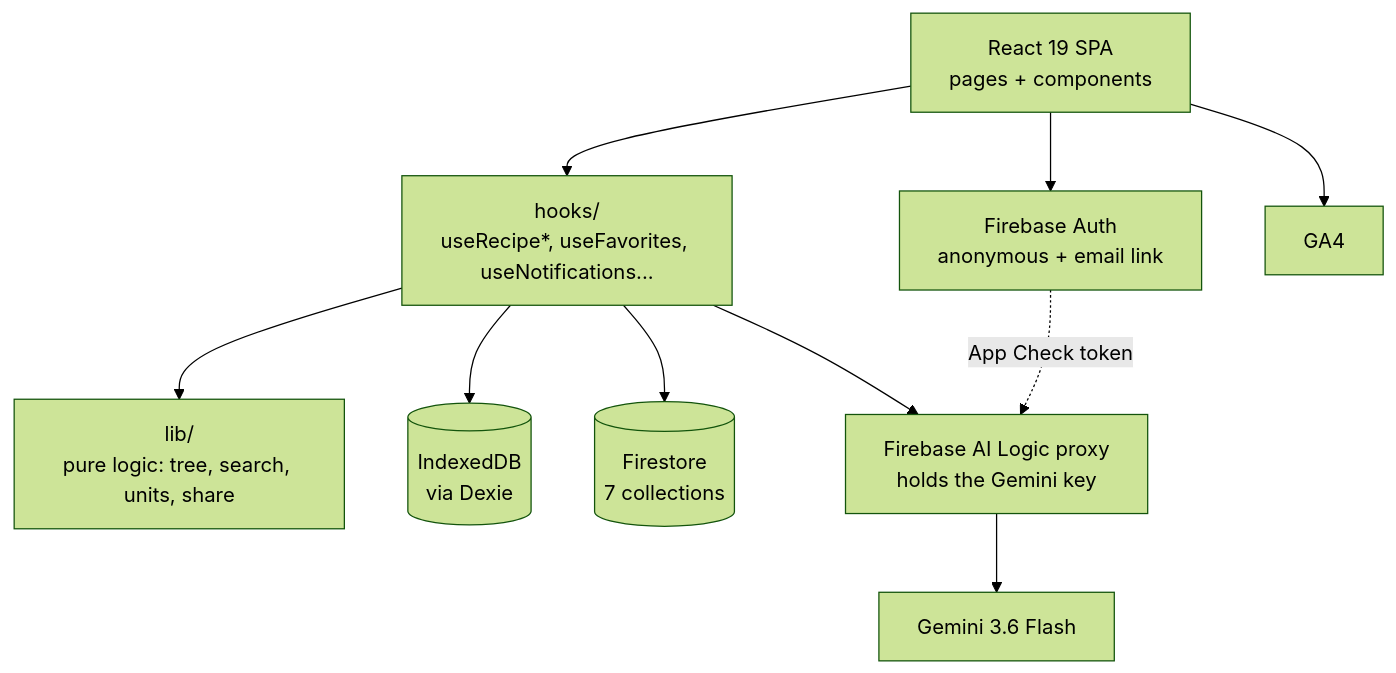
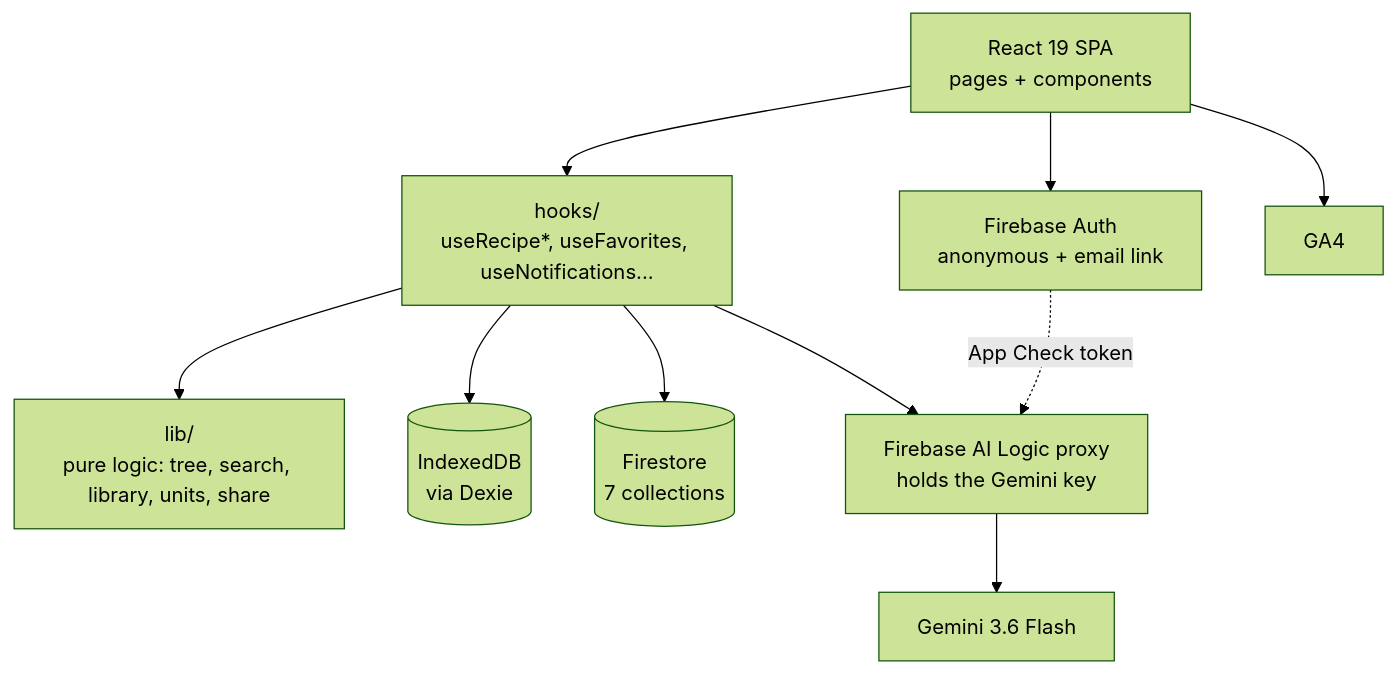
The diagram in docs/architecture.md (hpeppitt/recipe-app), drawn with Mermaid (forest theme) before and after one commit. The commit also changed other lines of this file and 12 other files, not shown here.

````diff
--- a/docs/architecture.md
+++ b/docs/architecture.md
@@ -12,22 +12,22 @@
 ```mermaid
 flowchart TD
     UI[React 19 SPA<br/>pages + components]
     Hooks[hooks/<br/>useRecipe*, useFavorites, useNotifications...]
-    Lib[lib/<br/>pure logic: tree, search, units, share]
+    Lib[lib/<br/>pure logic: tree, search, library, units, share]
     Dexie[(IndexedDB<br/>via Dexie)]
     FS[(Firestore<br/>7 collections)]
     Auth[Firebase Auth<br/>anonymous + email link]
     AILogic[Firebase AI Logic proxy<br/>holds the Gemini key]
     Gemini[Gemini 3.6 Flash]
     GA[GA4]
 
     UI --> Hooks
     Hooks --> Lib
     Hooks --> Dexie
     Hooks --> FS
     Hooks --> AILogic
     UI --> Auth
     AILogic --> Gemini
     UI --> GA
     Auth -. App Check token .-> AILogic
 ```
````
